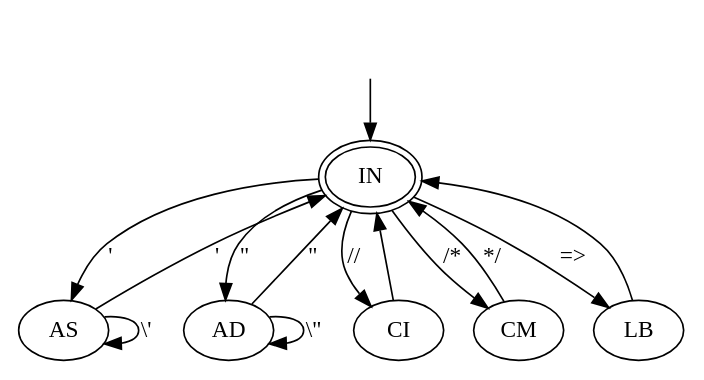
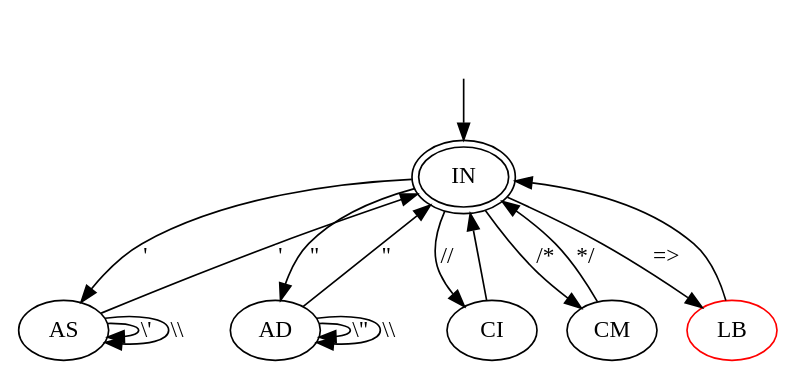
The diagram in Diagrams/C#.dot (VictorBalbo/functional-analyser), drawn with Graphviz before and after one commit. The commit also changed 2 other files, not shown here.

```diff
--- a/Diagrams/C#.dot
+++ b/Diagrams/C#.dot
@@ -1,17 +1,20 @@
 digraph "AFER" {
 	_nil0 [style="invis"]
 	_nil0 -> IN [label=""]
 	IN [peripheries=2]
 	IN -> AS [label="'"]
 	IN -> AD [label="\""]
 	IN -> CI [label="//"]
 	IN -> CM [label="/*"]
 	IN -> LB [label="=>"]
 	AS -> AS [label="\\'"]
+	AS -> AS [label="\\\\"]
 	AS -> IN [label="'"]
 	AD -> AD [label="\\\""]
+	AD -> AD [label="\\\\"]
 	AD -> IN [label="\""]
 	CI -> IN [label="\n"]
 	CM -> IN [label="*/"]
+	LB [color="red"]
 	LB -> IN [label=""]
 }
```
